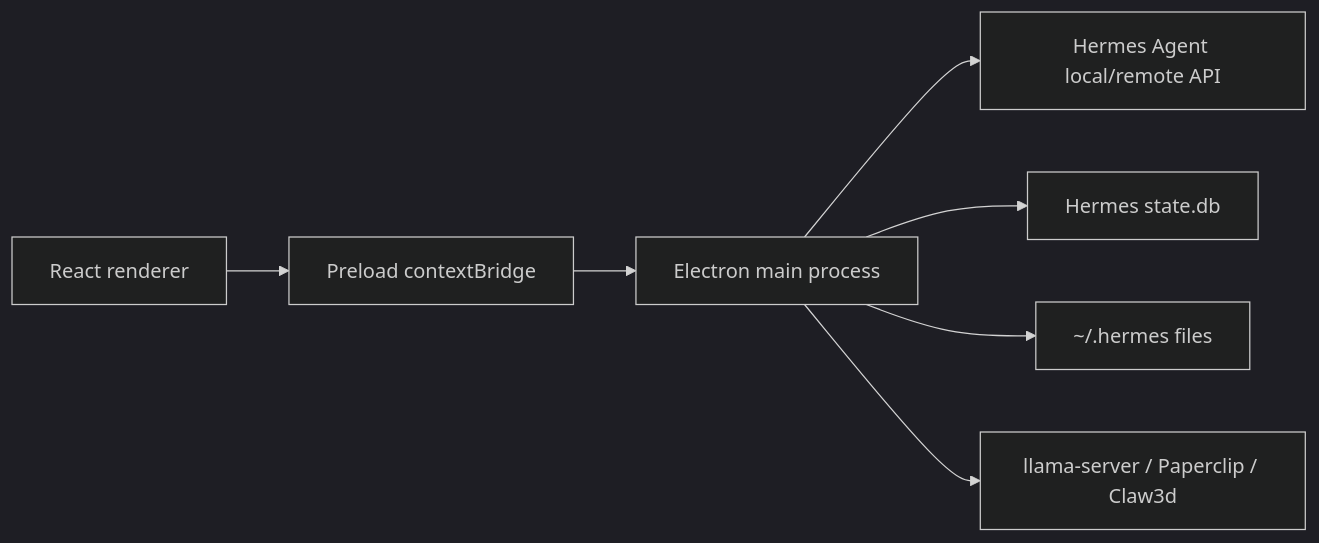
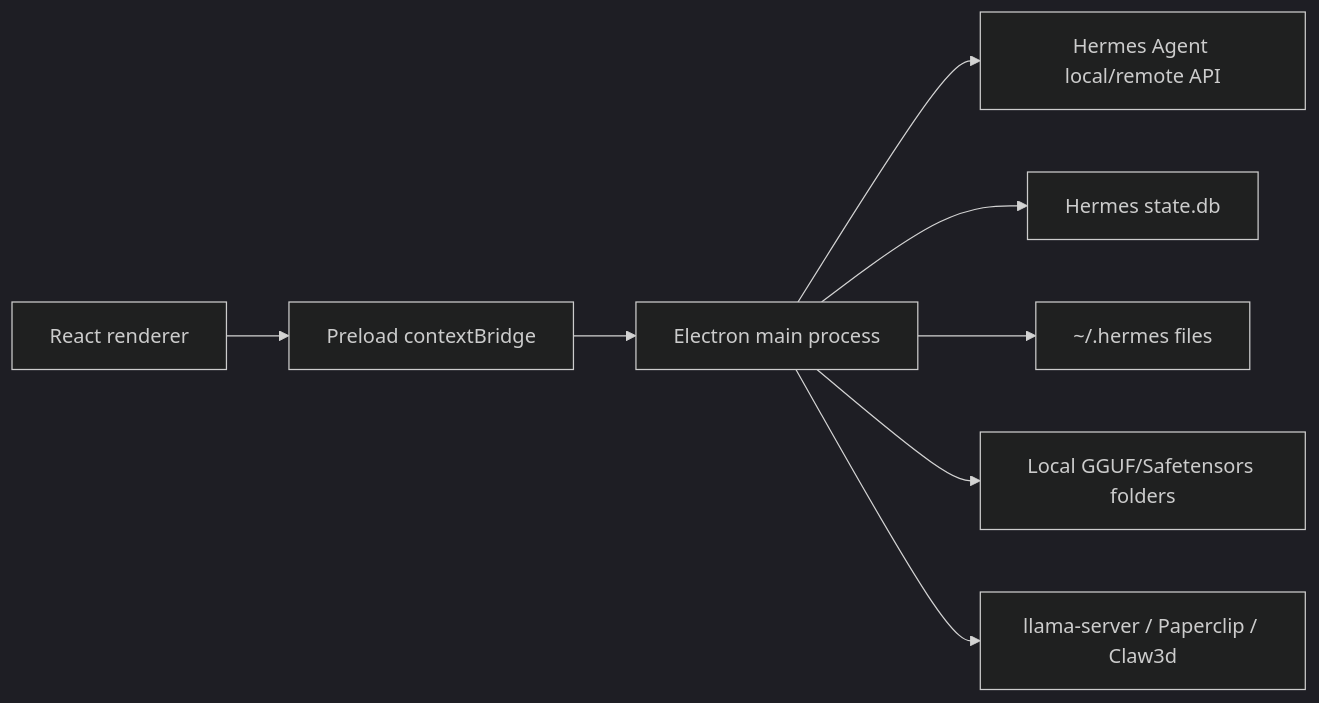
Before and after one commit to Antman1526/hermes-desktop-Max: the diagram in README.md, drawn with Mermaid (dark theme). The commit also changed other lines of this file and 34 other files, not shown here.

Commit message:
Document project and improve local models

````diff
--- a/README.md
+++ b/README.md
@@ -50,9 +76,10 @@
 ```mermaid
 flowchart LR
   UI["React renderer"] --> Bridge["Preload contextBridge"]
   Bridge --> Main["Electron main process"]
   Main --> Agent["Hermes Agent local/remote API"]
   Main --> DB["Hermes state.db"]
   Main --> Files["~/.hermes files"]
+  Main --> Models["Local GGUF/Safetensors folders"]
   Main --> Sidecars["llama-server / Paperclip / Claw3d"]
 ```
````
